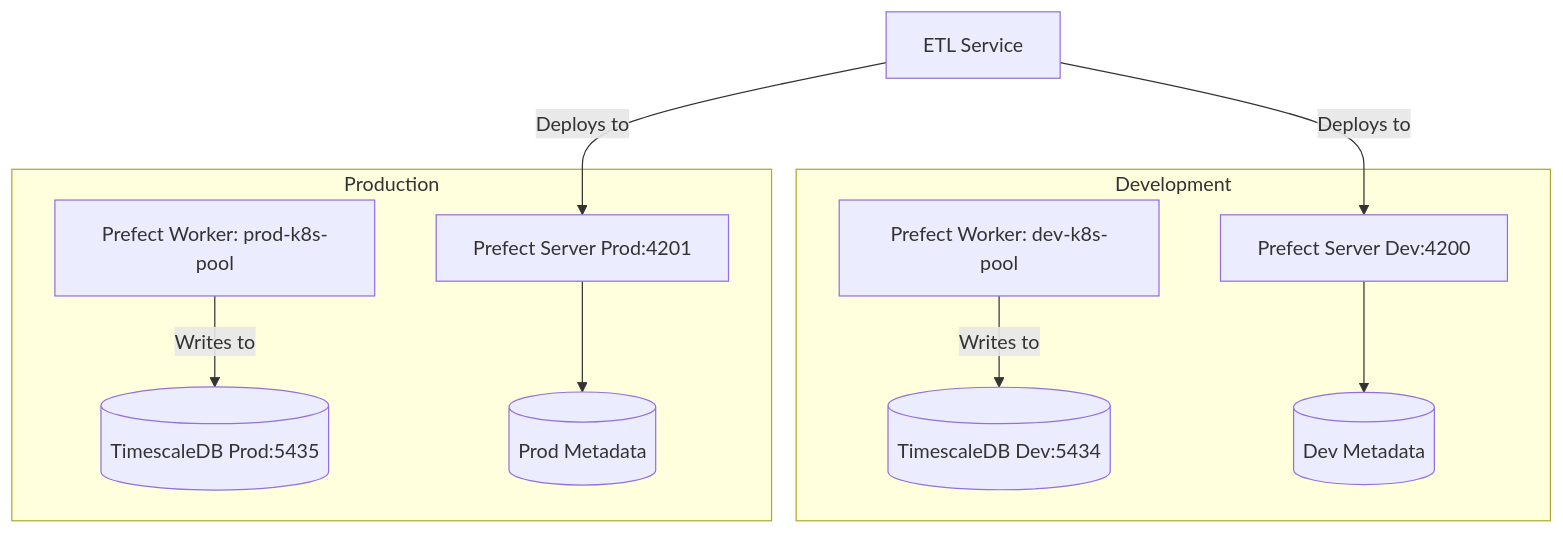
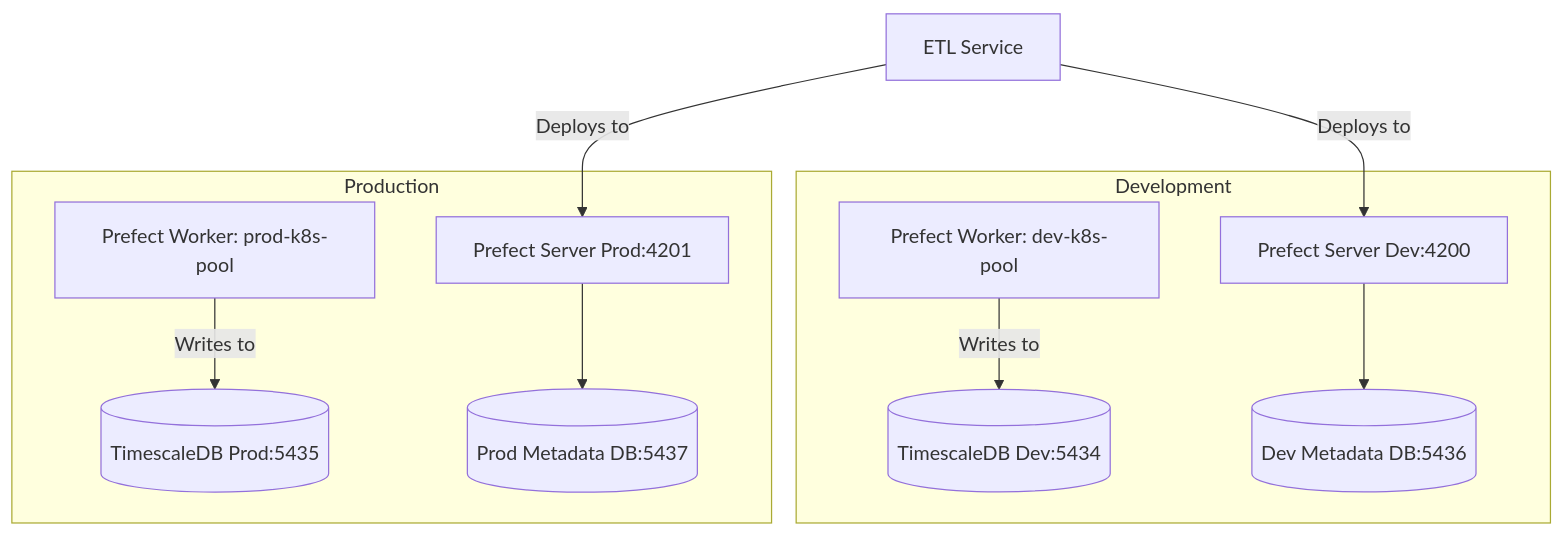
The diagram in pull_requests/PR-8.md (stavyos/enterprise-level-software), drawn with Mermaid before and after one commit. The commit also changed other lines of this file and 15 other files, not shown here.

````diff
--- a/pull_requests/PR-8.md
+++ b/pull_requests/PR-8.md
@@ -36,23 +35,23 @@
 ```mermaid
 graph TD
     subgraph Development
         D_DB[(TimescaleDB Dev:5434)]
         D_P[Prefect Server Dev:4200]
         D_W[Prefect Worker: dev-k8s-pool]
-        D_META[(Dev Metadata)]
+        D_META[(Dev Metadata DB:5436)]
     end
 
     subgraph Production
         P_DB[(TimescaleDB Prod:5435)]
         P_P[Prefect Server Prod:4201]
         P_W[Prefect Worker: prod-k8s-pool]
-        P_META[(Prod Metadata)]
+        P_META[(Prod Metadata DB:5437)]
     end
 
     ETL[ETL Service] -->|Deploys to| D_P
     ETL -->|Deploys to| P_P
     D_W -->|Writes to| D_DB
     P_W -->|Writes to| P_DB
     D_P --> D_META
     P_P --> P_META
 ```
````
